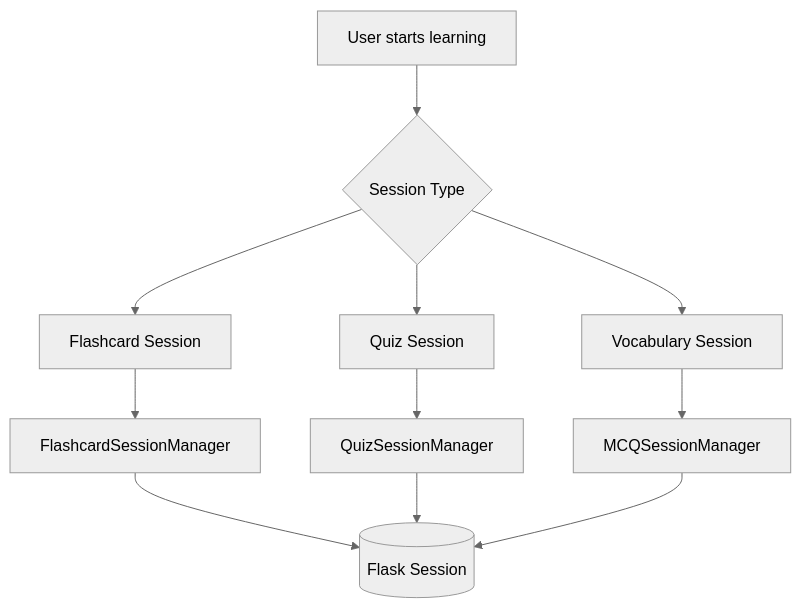
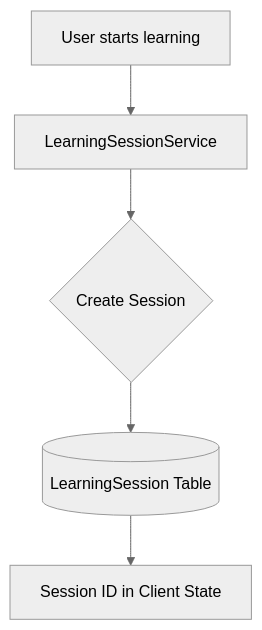
One commit to thanhnt94/newmindstack changed the diagram in docs/SESSION_MANAGEMENT.md. Above: the diagram before and after it, drawn with Mermaid (neutral theme). The commit also changed other lines of this file and 21 other files, not shown here.

Commit message:
docs: add comprehensive documentation for architecture, session management, AI integration, and frontend templating system.

````diff
--- a/docs/SESSION_MANAGEMENT.md
+++ b/docs/SESSION_MANAGEMENT.md
@@ -11,15 +11,7 @@
 ```mermaid
 graph TD
-    A[User starts learning] --> B{Session Type}
-    B --> C[Flashcard Session]
-    B --> D[Quiz Session]
-    B --> E[Vocabulary Session]
-    
-    C --> F[FlashcardSessionManager]
-    D --> G[QuizSessionManager]
-    E --> H[MCQSessionManager]
-    
-    F --> I[(Flask Session)]
-    G --> I
-    H --> I
+    A[User starts learning] --> B[LearningSessionService]
+    B --> C{Create Session}
+    C --> D[(LearningSession Table)]
+    D --> E[Session ID in Client State]
 ```
````
